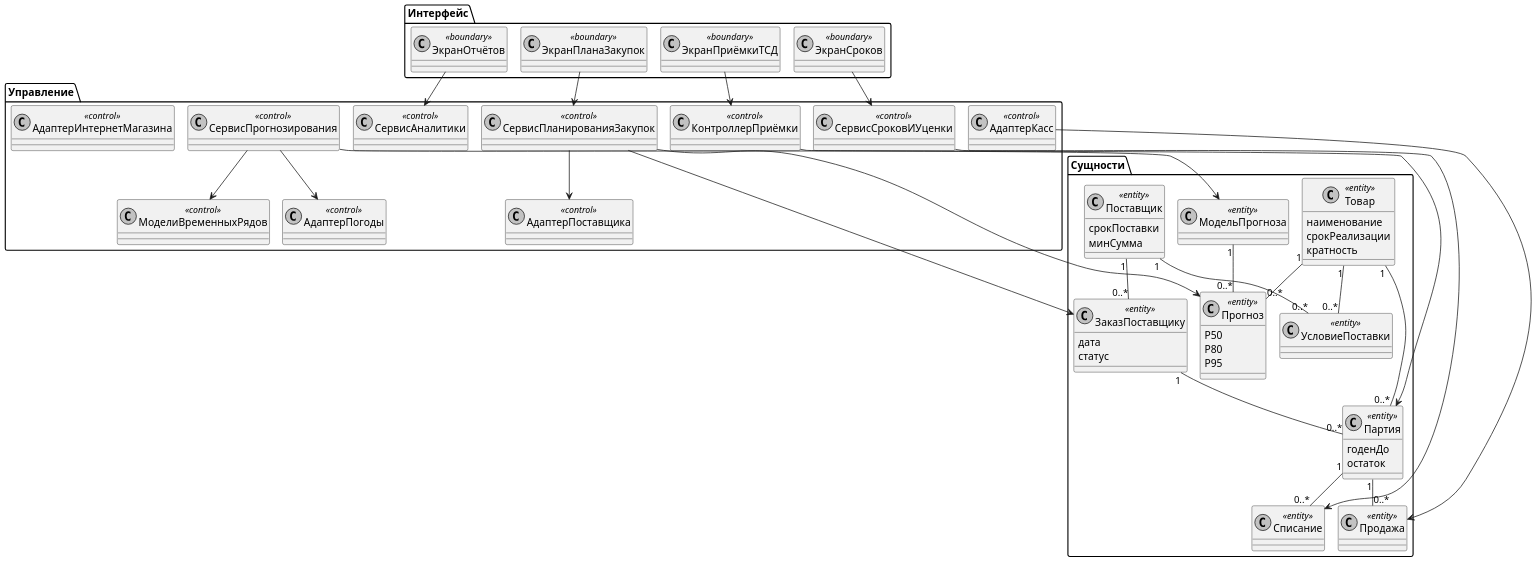
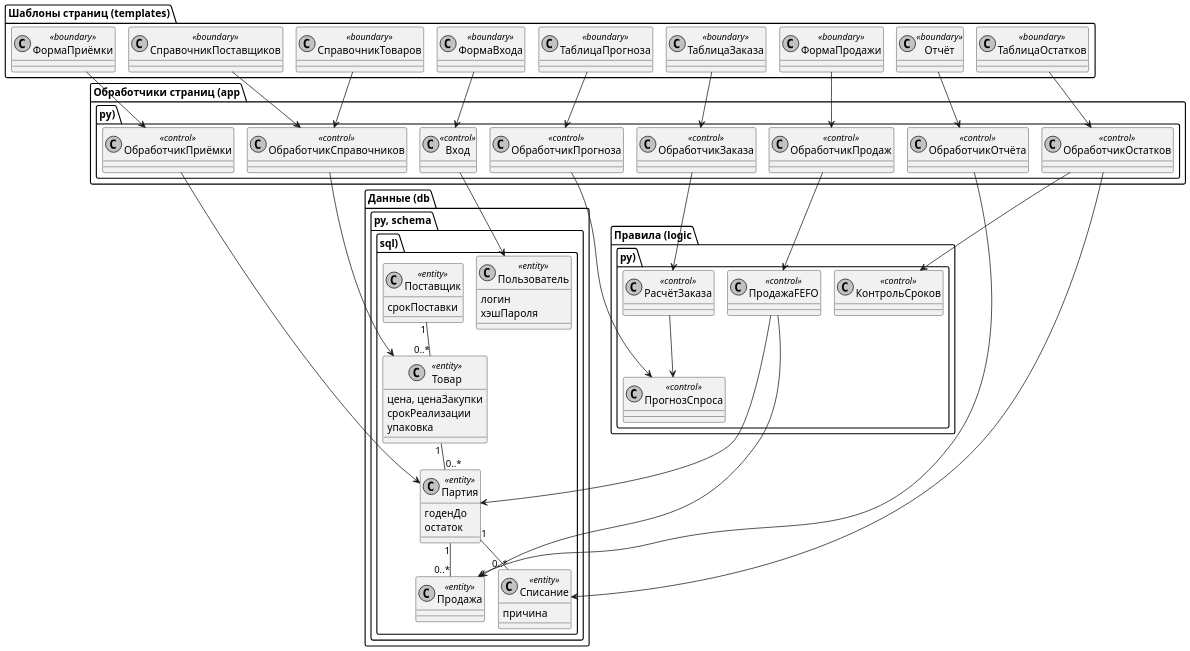
One commit to DarkSwordman999/flower-demand-planning changed the diagram in diagrams/uml_classes.puml. Above: the diagram before and after it, drawn with PlantUML. The commit also changed 40 other files, not shown here.

Commit message:
ПР 5-6, 7-8, 9-10 под базовую редакцию: IDEF0/IDEF3 из пяти работ салона, UML по модулям app.py и logic.py, план из 12 этапов по датам ПР 3

```diff
--- a/diagrams/uml_classes.puml
+++ b/diagrams/uml_classes.puml
@@ -1,76 +1,82 @@
 @startuml
 !pragma layout smetana
 skinparam dpi 150
 skinparam defaultFontName Arial
 skinparam shadowing false
 skinparam monochrome true
 skinparam linetype ortho
-package "Интерфейс" {
- class ЭкранПриёмкиТСД <<boundary>>
- class ЭкранПланаЗакупок <<boundary>>
- class ЭкранСроков <<boundary>>
- class ЭкранОтчётов <<boundary>>
+package "Шаблоны страниц (templates)" {
+ class ФормаВхода <<boundary>>
+ class ТаблицаОстатков <<boundary>>
+ class ФормаПриёмки <<boundary>>
+ class ФормаПродажи <<boundary>>
+ class СправочникТоваров <<boundary>>
+ class СправочникПоставщиков <<boundary>>
+ class ТаблицаПрогноза <<boundary>>
+ class ТаблицаЗаказа <<boundary>>
+ class Отчёт <<boundary>>
 }
-package "Управление" {
- class КонтроллерПриёмки <<control>>
- class СервисПланированияЗакупок <<control>>
- class СервисПрогнозирования <<control>>
- class СервисСроковИУценки <<control>>
- class СервисАналитики <<control>>
- class МоделиВременныхРядов <<control>>
- class АдаптерКасс <<control>>
- class АдаптерИнтернетМагазина <<control>>
- class АдаптерПогоды <<control>>
- class АдаптерПоставщика <<control>>
+package "Обработчики страниц (app.py)" {
+ class Вход <<control>>
+ class ОбработчикОстатков <<control>>
+ class ОбработчикПриёмки <<control>>
+ class ОбработчикПродаж <<control>>
+ class ОбработчикСправочников <<control>>
+ class ОбработчикПрогноза <<control>>
+ class ОбработчикЗаказа <<control>>
+ class ОбработчикОтчёта <<control>>
 }
-package "Сущности" {
- class Товар <<entity>> {
-  наименование
-  срокРеализации
-  кратность
+package "Правила (logic.py)" {
+ class ПродажаFEFO <<control>>
+ class КонтрольСроков <<control>>
+ class ПрогнозСпроса <<control>>
+ class РасчётЗаказа <<control>>
+}
+package "Данные (db.py, schema.sql)" {
+ class Пользователь <<entity>> {
+  логин
+  хэшПароля
  }
  class Поставщик <<entity>> {
   срокПоставки
-  минСумма
  }
- class УсловиеПоставки <<entity>>
- class ЗаказПоставщику <<entity>> {
-  дата
-  статус
+ class Товар <<entity>> {
+  цена, ценаЗакупки
+  срокРеализации
+  упаковка
  }
  class Партия <<entity>> {
   годенДо
   остаток
  }
  class Продажа <<entity>>
- class Списание <<entity>>
- class Прогноз <<entity>> {
-  P50
-  P80
-  P95
+ class Списание <<entity>> {
+  причина
  }
- class МодельПрогноза <<entity>>
 }
-ЭкранПриёмкиТСД --> КонтроллерПриёмки
-ЭкранПланаЗакупок --> СервисПланированияЗакупок
-ЭкранСроков --> СервисСроковИУценки
-ЭкранОтчётов --> СервисАналитики
-СервисПланированияЗакупок --> Прогноз
-СервисПланированияЗакупок --> ЗаказПоставщику
-СервисПрогнозирования --> МодельПрогноза
-СервисПрогнозирования --> МоделиВременныхРядов
-СервисПрогнозирования --> АдаптерПогоды
-СервисПланированияЗакупок --> АдаптерПоставщика
-КонтроллерПриёмки --> Партия
-СервисСроковИУценки --> Списание
-АдаптерКасс --> Продажа
-Поставщик "1" -- "0..*" УсловиеПоставки
-Товар "1" -- "0..*" УсловиеПоставки
-Поставщик "1" -- "0..*" ЗаказПоставщику
+ФормаВхода --> Вход
+ТаблицаОстатков --> ОбработчикОстатков
+ФормаПриёмки --> ОбработчикПриёмки
+ФормаПродажи --> ОбработчикПродаж
+СправочникТоваров --> ОбработчикСправочников
+СправочникПоставщиков --> ОбработчикСправочников
+ТаблицаПрогноза --> ОбработчикПрогноза
+ТаблицаЗаказа --> ОбработчикЗаказа
+Отчёт --> ОбработчикОтчёта
+Вход --> Пользователь
+ОбработчикОстатков --> КонтрольСроков
+ОбработчикОстатков --> Списание
+ОбработчикПриёмки --> Партия
+ОбработчикПродаж --> ПродажаFEFO
+ОбработчикПрогноза --> ПрогнозСпроса
+ОбработчикЗаказа --> РасчётЗаказа
+РасчётЗаказа --> ПрогнозСпроса
+ПродажаFEFO --> Партия
+ПродажаFEFO --> Продажа
+ОбработчикОтчёта --> Продажа
+ОбработчикСправочников --> Товар
+Поставщик "1" -- "0..*" Товар
 Товар "1" -- "0..*" Партия
-ЗаказПоставщику "1" -- "0..*" Партия
 Партия "1" -- "0..*" Продажа
 Партия "1" -- "0..*" Списание
-Товар "1" -- "0..*" Прогноз
-МодельПрогноза "1" -- "0..*" Прогноз
 @enduml
```
